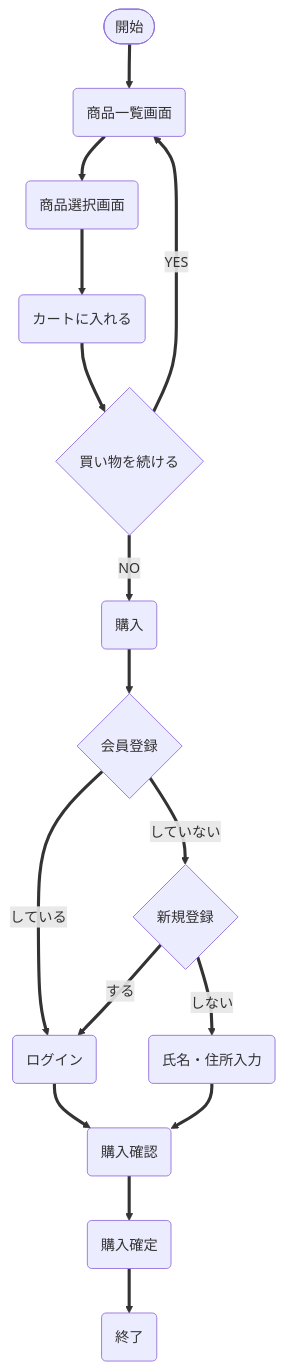
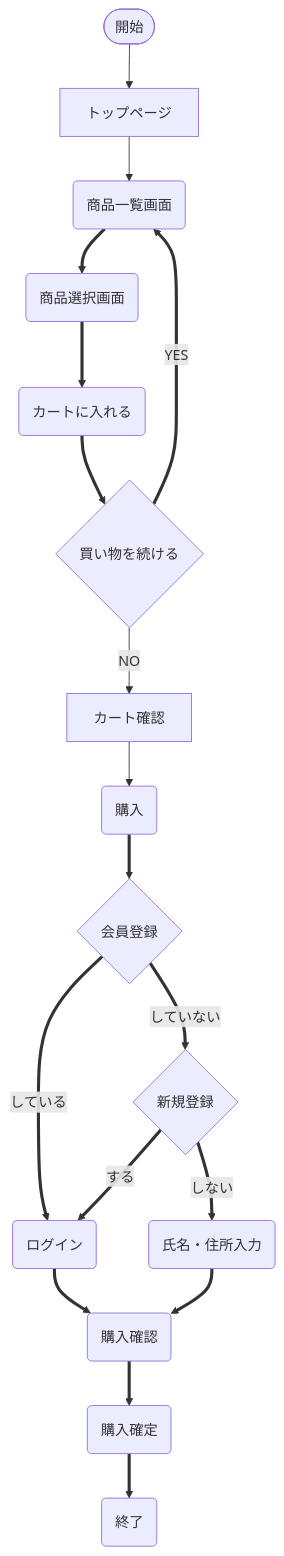
Before and after one commit to Hinako-Kimura127/neko: the diagram in 要件定義書/業務フロー.md, drawn with Mermaid. The commit also changed other lines of this file, not shown here.

Commit message:
業務フロー

````diff
--- a/要件定義書/業務フロー.md
+++ b/要件定義書/業務フロー.md
@@ -1,31 +1,35 @@
 ```mermaid
 flowchart TB
   node_1(["開始"])
   node_2{"会員登録"}
   node_3("ログイン")
   node_4("購入確認")
   node_5("商品一覧画面")
   node_6("商品選択画面")
   node_7("カートに入れる")
   node_8{"買い物を続ける"}
   node_9("購入")
   node_10{"新規登録"}
   node_11("氏名・住所入力")
   node_12("購入確定")
   node_13("終了")
+  node_14["トップページ"]
+  node_15["カート確認"]
   node_2 =="している"==> node_3
-  node_1 ==> node_5
   node_3 ==> node_4
   node_5 ==> node_6
   node_6 ==> node_7
   node_7 ==> node_8
   node_8 =="YES"==> node_5
   node_9 ==> node_2
   node_2 =="していない"==> node_10
   node_10 =="する"==> node_3
   node_10 =="しない"==> node_11
   node_11 ==> node_4
   node_4 ==> node_12
   node_12 ==> node_13
-  node_8 =="NO"==> node_9
+  node_1 --> node_14
+  node_14 --> node_5
+  node_8 --"NO"--> node_15
+  node_15 --> node_9
 ```
````
